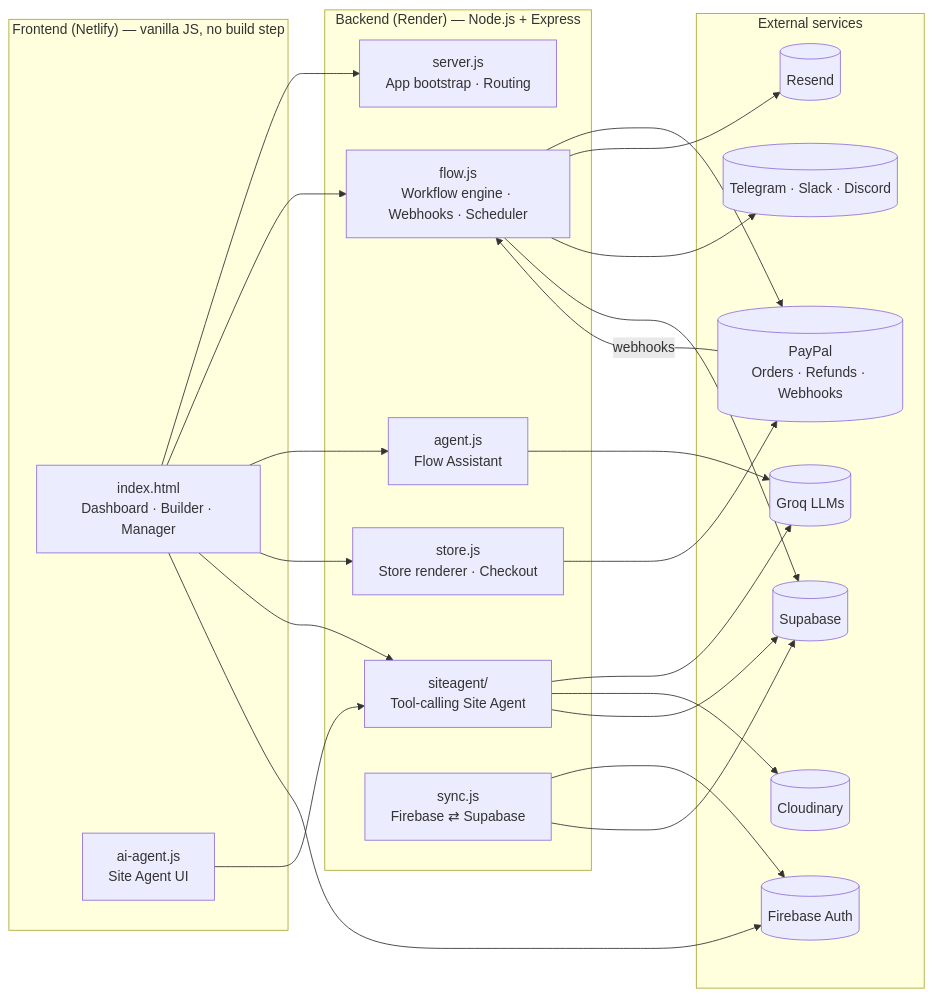
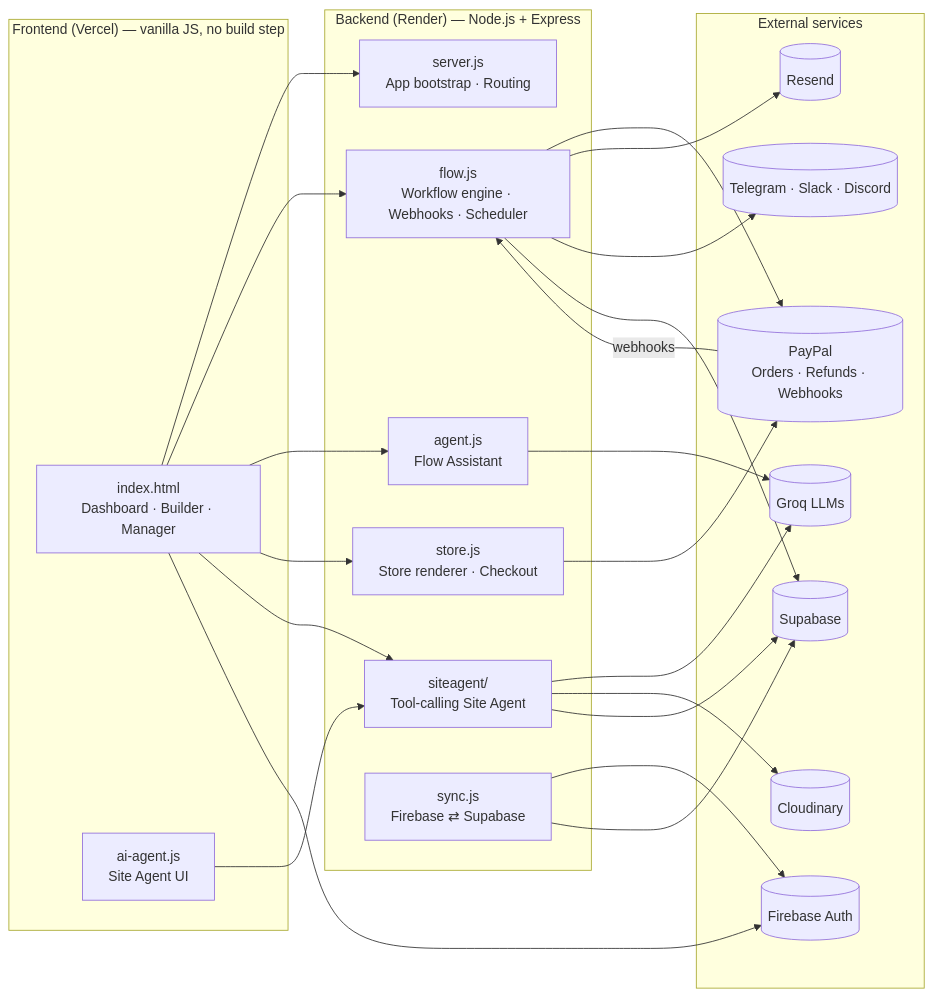
The second of 2 diagrams in README.md (Archiusx/paypal-ai), drawn with Mermaid before and after one commit. The commit also changed other lines of this file, not shown here.

````diff
--- a/README.md
+++ b/README.md
@@ -152,36 +152,36 @@
 ```mermaid
 flowchart LR
-    subgraph Client["Frontend (Netlify) — vanilla JS, no build step"]
+    subgraph Client["Frontend (Vercel) — vanilla JS, no build step"]
         UI["index.html<br/>Dashboard · Builder · Manager"]
         SA["ai-agent.js<br/>Site Agent UI"]
     end
 
     subgraph Server["Backend (Render) — Node.js + Express"]
         SRV["server.js<br/>App bootstrap · Routing"]
         FLOW["flow.js<br/>Workflow engine · Webhooks · Scheduler"]
         AGT["agent.js<br/>Flow Assistant"]
         STORE["store.js<br/>Store renderer · Checkout"]
         SITE["siteagent/<br/>Tool-calling Site Agent"]
         SYNC["sync.js<br/>Firebase ⇄ Supabase"]
     end
 
     subgraph Ext["External services"]
         PP[("PayPal<br/>Orders · Refunds · Webhooks")]
         GROQ[("Groq LLMs")]
         CLD[("Cloudinary")]
         SUPA[("Supabase")]
         FB[("Firebase Auth")]
         RS[("Resend")]
         TG[("Telegram · Slack · Discord")]
     end
 
     UI --> SRV & FLOW & AGT & STORE & SITE
     SA --> SITE
     FLOW --> PP & RS & TG & SUPA
     AGT --> GROQ
     SITE --> GROQ & CLD & SUPA
     STORE --> PP
     SYNC --> FB & SUPA
     UI --> FB
     PP -- webhooks --> FLOW
 ```
````
